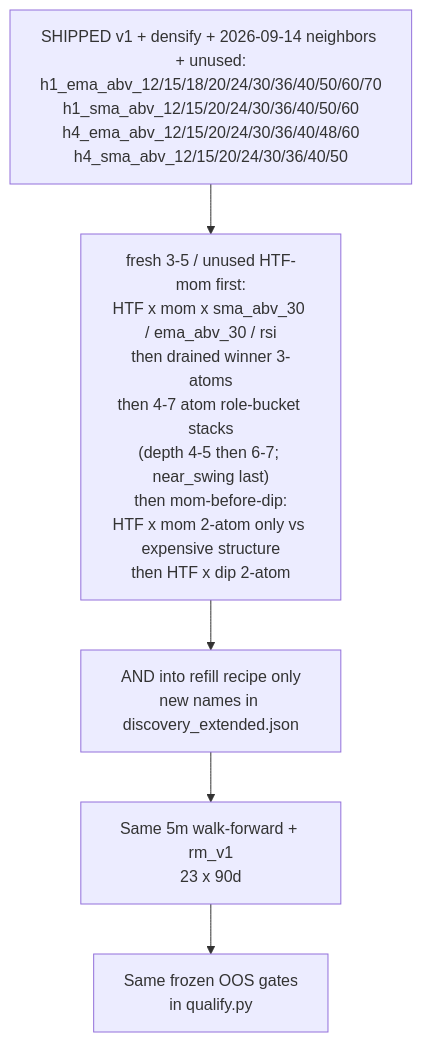
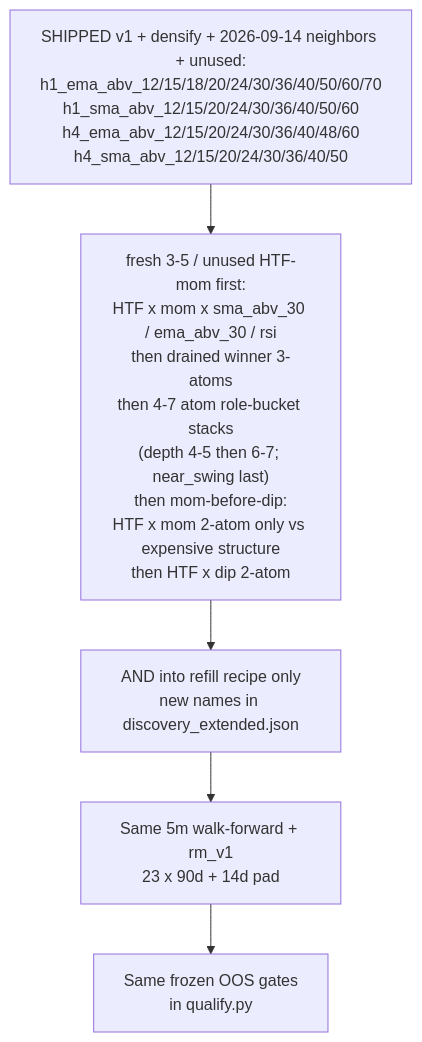
Before and after one commit to Runemark7/paper-trading-bot: the third of 3 diagrams in docs/WORKFLOW.md, drawn with Mermaid. The commit also changed other lines of this file and 15 other files, not shown here.

````diff
--- a/docs/WORKFLOW.md
+++ b/docs/WORKFLOW.md
@@ -177,10 +181,10 @@
 ```mermaid
 flowchart TB
   shipped["SHIPPED v1 + densify + 2026-09-14 neighbors + unused:\nh1_ema_abv_12/15/18/20/24/30/36/40/50/60/70\nh1_sma_abv_12/15/20/24/30/36/40/50/60\nh4_ema_abv_12/15/20/24/30/36/40/48/60\nh4_sma_abv_12/15/20/24/30/36/40/50"]
   order["fresh 3-5 / unused HTF-mom first:\nHTF x mom x sma_abv_30 / ema_abv_30 / rsi\nthen drained winner 3-atoms\nthen 4-7 atom role-bucket stacks\n(depth 4-5 then 6-7; near_swing last)\nthen mom-before-dip:\nHTF x mom 2-atom only vs expensive structure\nthen HTF x dip 2-atom"]
   mintOnly["AND into refill recipe only\nnew names in discovery_extended.json"]
-  sameEval["Same 5m walk-forward + rm_v1\n23 x 90d"]
+  sameEval["Same 5m walk-forward + rm_v1\n23 x 90d + 14d pad"]
   sameGate["Same frozen OOS gates\nin qualify.py"]
 
   shipped --> order --> mintOnly --> sameEval --> sameGate
 ```
````
